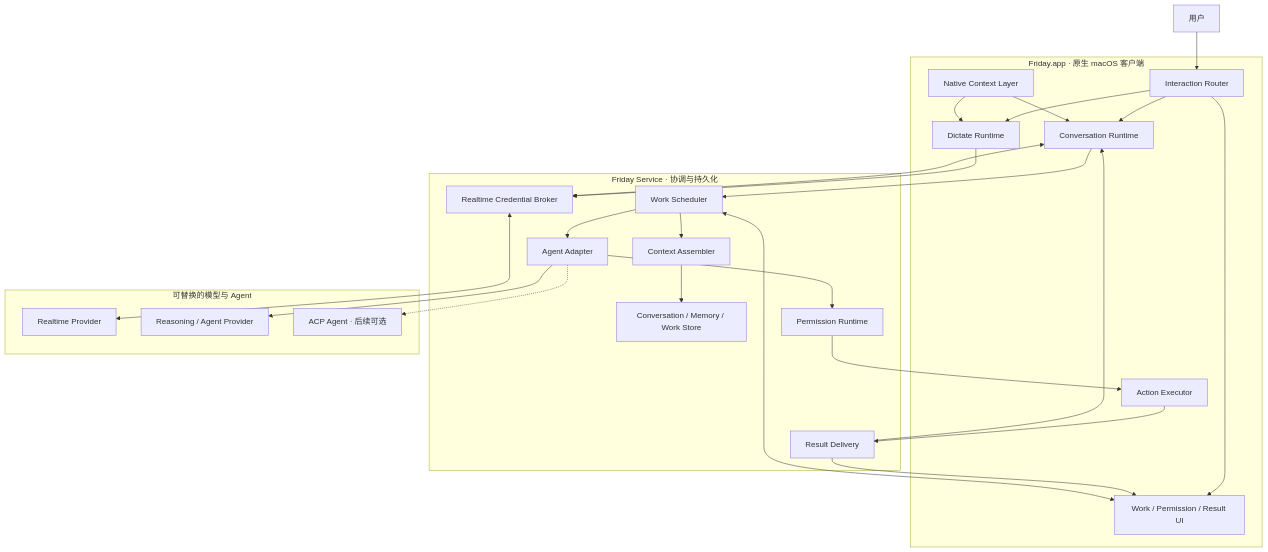
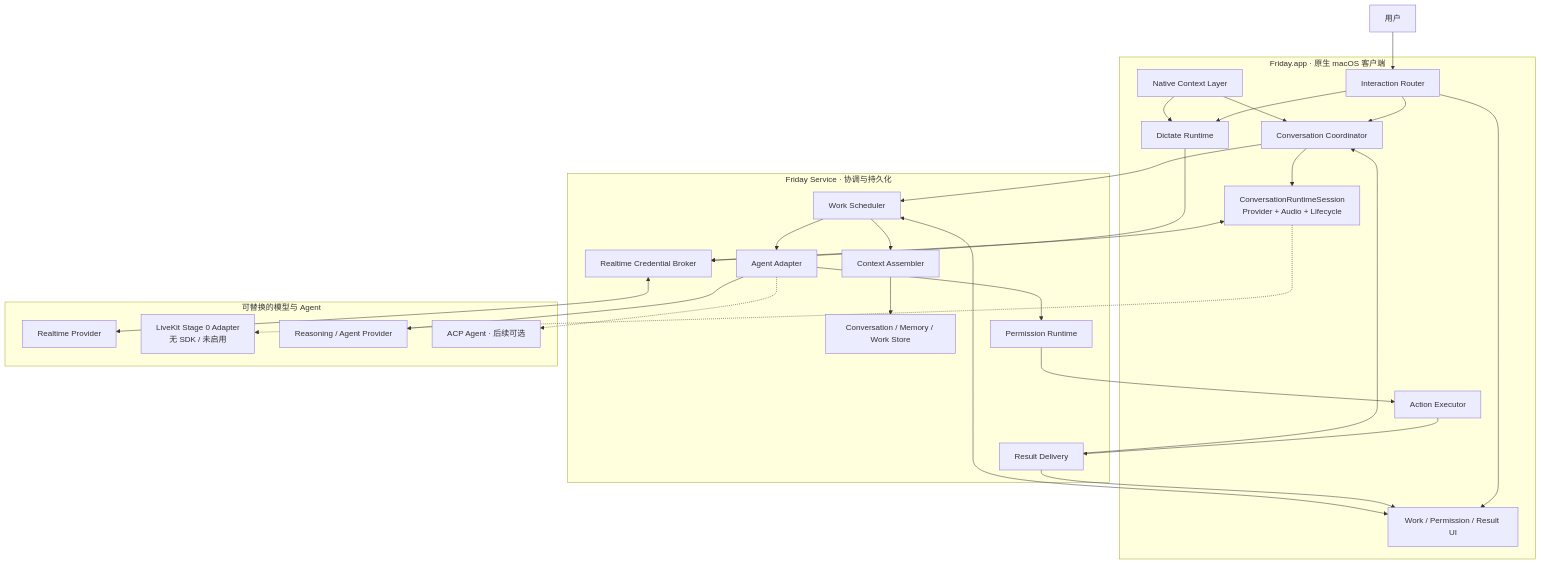
The first of 4 diagrams in docs/架构概览.md (jason2kkk/Friday), drawn with Mermaid before and after one commit. The commit also changed other lines of this file and 17 other files, not shown here.

Commit message:
refactor: establish Talk runtime ownership boundary

````diff
--- a/docs/架构概览.md
+++ b/docs/架构概览.md
@@ -42,51 +43,55 @@
 ```mermaid
 flowchart TB
     User["用户"]
 
     subgraph App["Friday.app · 原生 macOS 客户端"]
         Router["Interaction Router"]
         Dictate["Dictate Runtime"]
-        Talk["Conversation Runtime"]
+        Talk["Conversation Coordinator"]
+        TalkRuntime["ConversationRuntimeSession<br/>Provider + Audio + Lifecycle"]
         NativeContext["Native Context Layer"]
         Executor["Action Executor"]
         AgentUI["Work / Permission / Result UI"]
     end
 
     subgraph Service["Friday Service · 协调与持久化"]
         Credential["Realtime Credential Broker"]
         Assembler["Context Assembler"]
         Stores["Conversation / Memory / Work Store"]
         Scheduler["Work Scheduler"]
         Permission["Permission Runtime"]
         Delivery["Result Delivery"]
         Adapter["Agent Adapter"]
     end
 
     subgraph Providers["可替换的模型与 Agent"]
         Realtime["Realtime Provider"]
+        LiveKit["LiveKit Stage 0 Adapter<br/>无 SDK / 未启用"]
         Agent["Reasoning / Agent Provider"]
         ACP["ACP Agent · 后续可选"]
     end
 
     User --> Router
     Router --> Dictate
     Router --> Talk
+    Talk --> TalkRuntime
     Router --> AgentUI
     NativeContext --> Dictate
     NativeContext --> Talk
     AgentUI <--> Scheduler
     Dictate --> Credential
-    Talk <--> Credential
+    TalkRuntime <--> Credential
     Credential <--> Realtime
+    TalkRuntime -.-> LiveKit
     Talk --> Scheduler
     Scheduler --> Assembler
     Assembler --> Stores
     Scheduler --> Adapter
     Adapter --> Agent
     Adapter -.-> ACP
     Adapter --> Permission
     Permission --> Executor
     Executor --> Delivery
     Delivery --> AgentUI
     Delivery --> Talk
 ```
````
